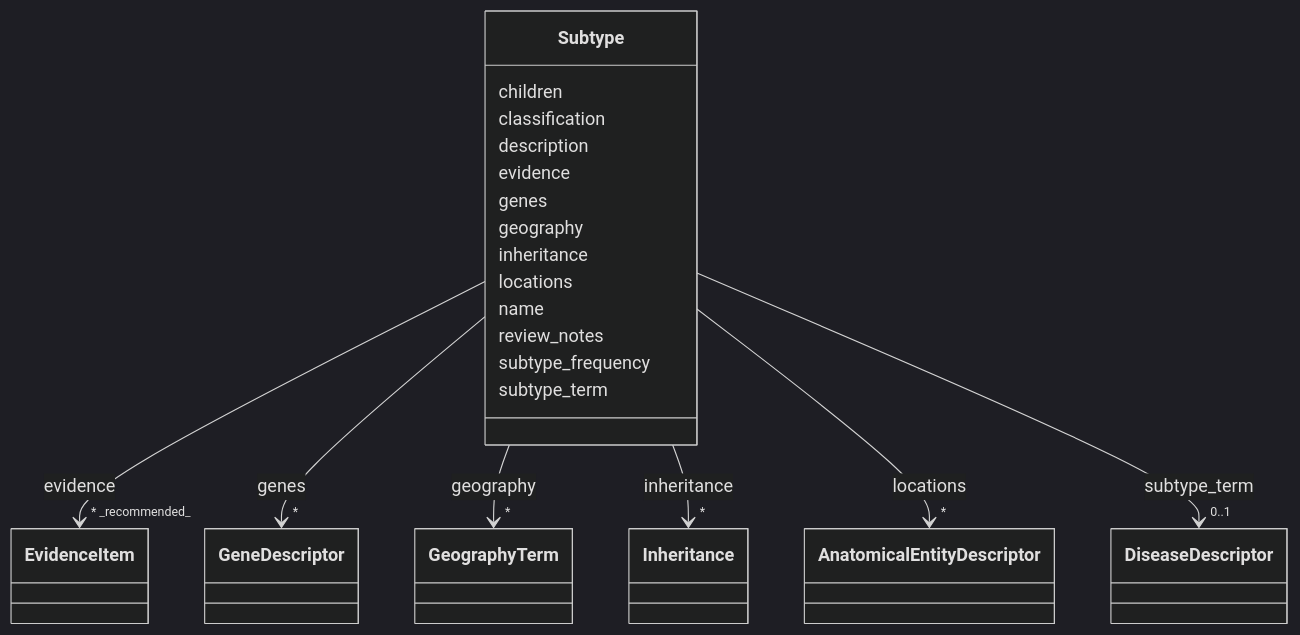
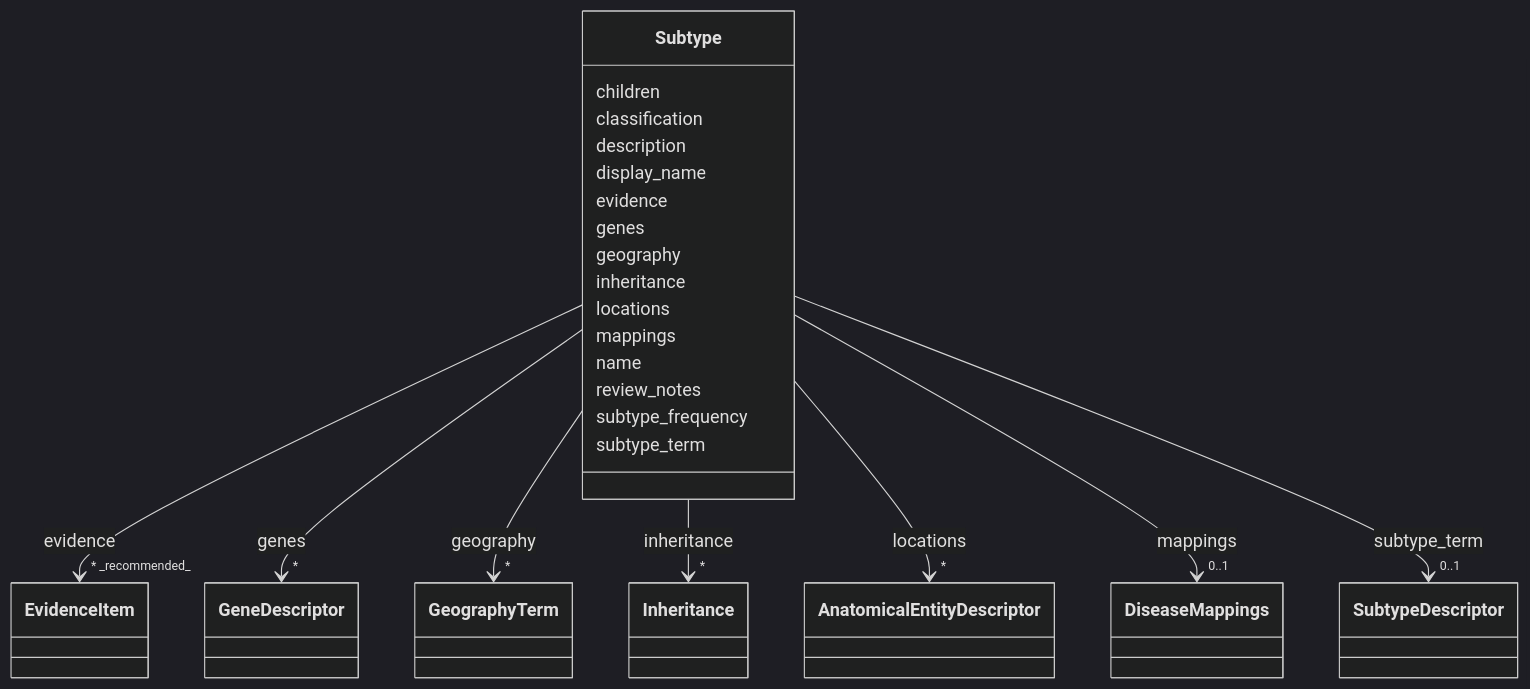
Before and after one commit to monarch-initiative/dismech: the diagram in docs/schema/classes/Subtype.md, drawn with Mermaid (dark theme). The commit also changed other lines of this file and 1343 other files, not shown here.

First line of the commit message:
docs: regenerate schema docs and point design-decisions link at rendered page

```diff
--- a/docs/schema/classes/Subtype.md
+++ b/docs/schema/classes/Subtype.md
@@ -19,6 +19,8 @@
       Subtype : classification
         
       Subtype : description
+        
+      Subtype : display_name
         
       Subtype : evidence
         
@@ -75,6 +77,17 @@
     
 
         
+      Subtype : mappings
+        
+          
+    
+        
+        
+        Subtype --> "0..1" DiseaseMappings : mappings
+        click DiseaseMappings href "../../classes/DiseaseMappings/"
+    
+
+        
       Subtype : name
         
       Subtype : review_notes
@@ -87,8 +100,8 @@
     
         
         
-        Subtype --> "0..1" DiseaseDescriptor : subtype_term
-        click DiseaseDescriptor href "../../classes/DiseaseDescriptor/"
+        Subtype --> "0..1" SubtypeDescriptor : subtype_term
+        click SubtypeDescriptor href "../../classes/SubtypeDescriptor/"
     
 
         
```
